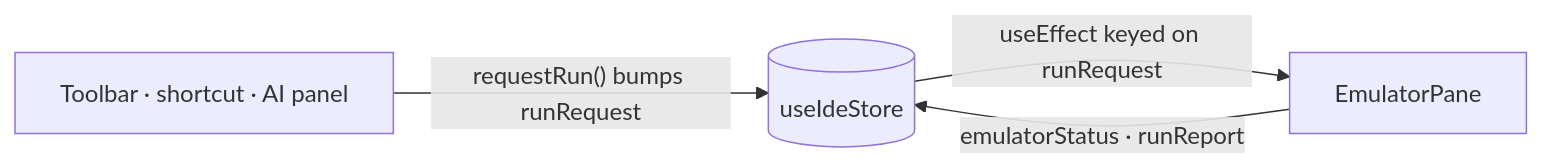
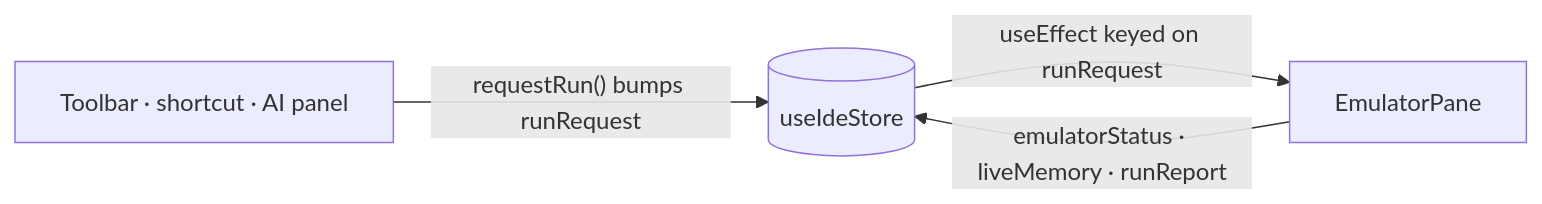
Before and after one commit to seanhodges/basically: the second of 9 diagrams in docs/contributing/architecture.md, drawn with Mermaid. The commit also changed other lines of this file, not shown here.

First line of the commit message:
docs: bring the architecture page back in line with the codebase

````diff
--- a/docs/contributing/architecture.md
+++ b/docs/contributing/architecture.md
@@ -79,6 +111,6 @@
 ```mermaid
 flowchart LR
   src["Toolbar · shortcut · AI panel"] -->|"requestRun() bumps runRequest"| store[("useIdeStore")]
   store -->|"useEffect keyed on runRequest"| ep["EmulatorPane"]
-  ep -->|"emulatorStatus · runReport"| store
+  ep -->|"emulatorStatus · liveMemory · runReport"| store
 ```
````
